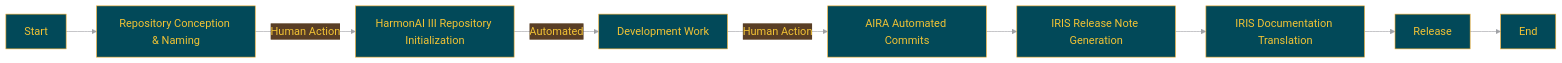
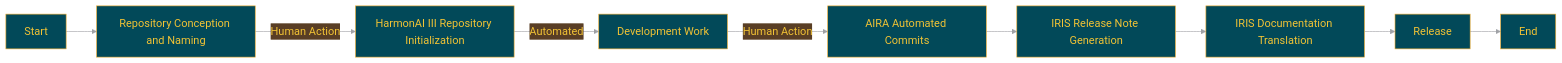
The diagram in docs/README.en.md (Sunwood-ai-labs/HarmonAI_III), drawn with Mermaid before and after one commit. The commit also changed other lines of this file, not shown here.

````diff
--- a/docs/README.en.md
+++ b/docs/README.en.md
@@ -181,20 +193,20 @@
 ```mermaid
 %%{init:{'theme':'base','themeVariables':{'primaryColor':'#024959','primaryTextColor':'#F2C335','primaryBorderColor':'#F2AE30','lineColor':'#A1A2A6','secondaryColor':'#593E25','tertiaryColor':'#F2C335','noteTextColor':'#024959','noteBkgColor':'#F2C335','textColor':'#024959','fontSize':'18px'}}}%%
 
 graph LR
-    A[Start] --> B[Repository Conception & Naming]
+    A[Start] --> B[Repository Conception and Naming]
     B -->|Human Action| C[HarmonAI III Repository Initialization]
     C -->|Automated| D[Development Work]
     D -->|Human Action| E[AIRA Automated Commits]
     E --> H[IRIS Release Note Generation]
     H --> I[IRIS Documentation Translation]
     I --> J[Release]
     J --> K[End]
 
     class B,D,G human;
     class E aira;
     class F,H,I iris;
     class C auto;
     class A,J,K process;
 
 ```
````
